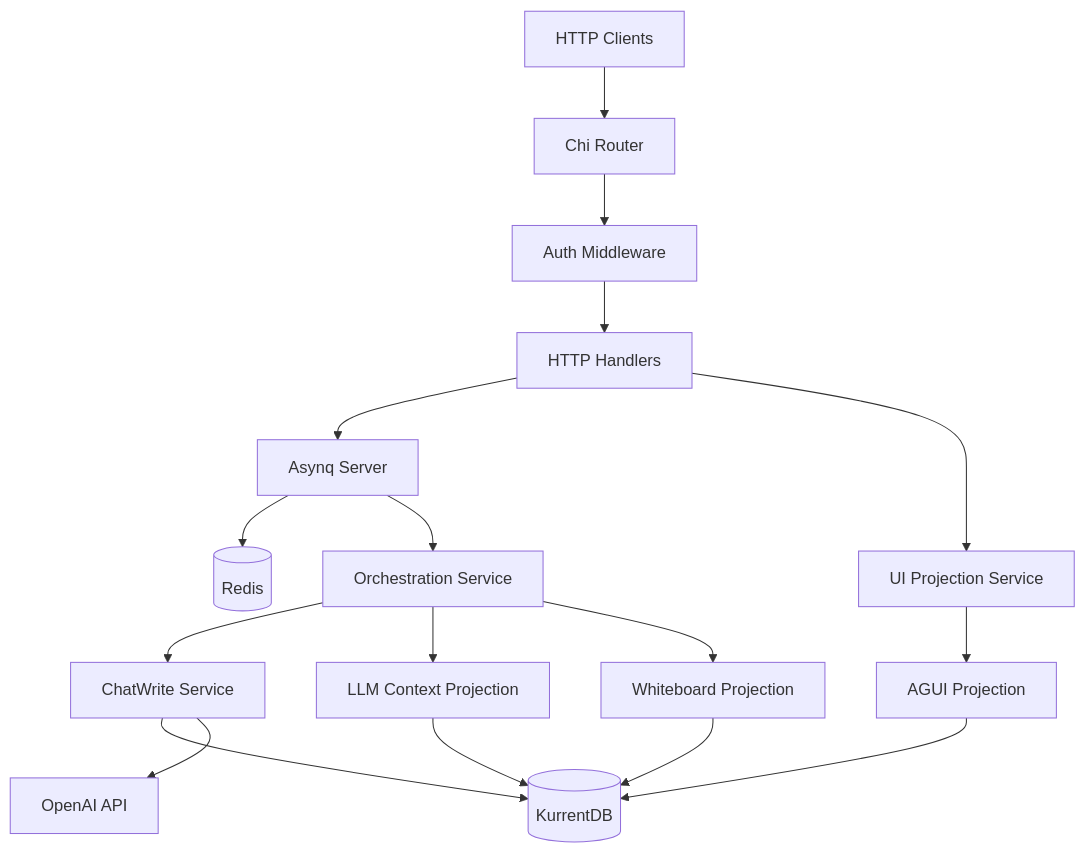
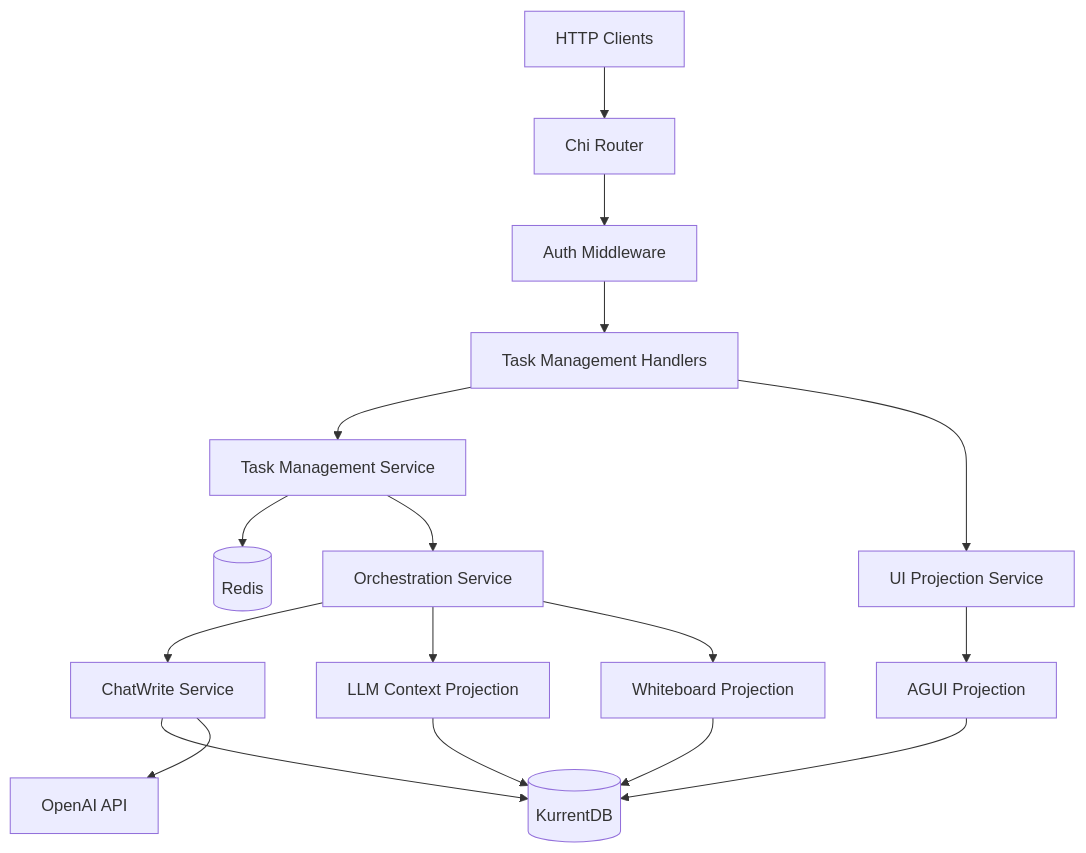
One commit to MKAPersonalOrganization/AgenticWorkflowPlatform changed the second of 2 diagrams in README.md. Above: the diagram before and after it, drawn with Mermaid. The commit also changed other lines of this file, not shown here.

Commit message:
docs: update components diagram with new naming
- Update diagram to show Task Management Service instead of Asynq Server
- Update handler name to Task Management Handlers
- Clarify that Task Management Service is Asynq-based implementation

````diff
--- a/README.md
+++ b/README.md
@@ -60,24 +60,24 @@
 ```mermaid
 graph TB
     Client[HTTP Clients] --> Router[Chi Router]
     Router --> Auth[Auth Middleware]
-    Auth --> Handlers[HTTP Handlers]
-    Handlers --> Asynq[Asynq Server]
+    Auth --> Handlers[Task Management Handlers]
+    Handlers --> TaskMgmt[Task Management Service]
     Handlers --> UIProjection[UI Projection Service]
     
-    Asynq --> Redis[(Redis)]
-    Asynq --> Orchestration[Orchestration Service]
-    Orchestration --> ChatWrite[ChatWrite Service]
-    Orchestration --> ThreadStore[LLM Context Projection]
-    Orchestration --> WhiteboardProj[Whiteboard Projection]
+    TaskMgmt --> Redis[(Redis)]
+    TaskMgmt --> Service[Orchestration Service]
+    Service --> ChatWrite[ChatWrite Service]
+    Service --> ThreadStore[LLM Context Projection]
+    Service --> WhiteboardProj[Whiteboard Projection]
     
     ChatWrite --> EventStore[(KurrentDB)]
     
     UIProjection --> AGUI[AGUI Projection]
     
     AGUI --> EventStore
     ThreadStore --> EventStore
     WhiteboardProj --> EventStore
     
     ChatWrite --> LLM[OpenAI API]
 ```
````
